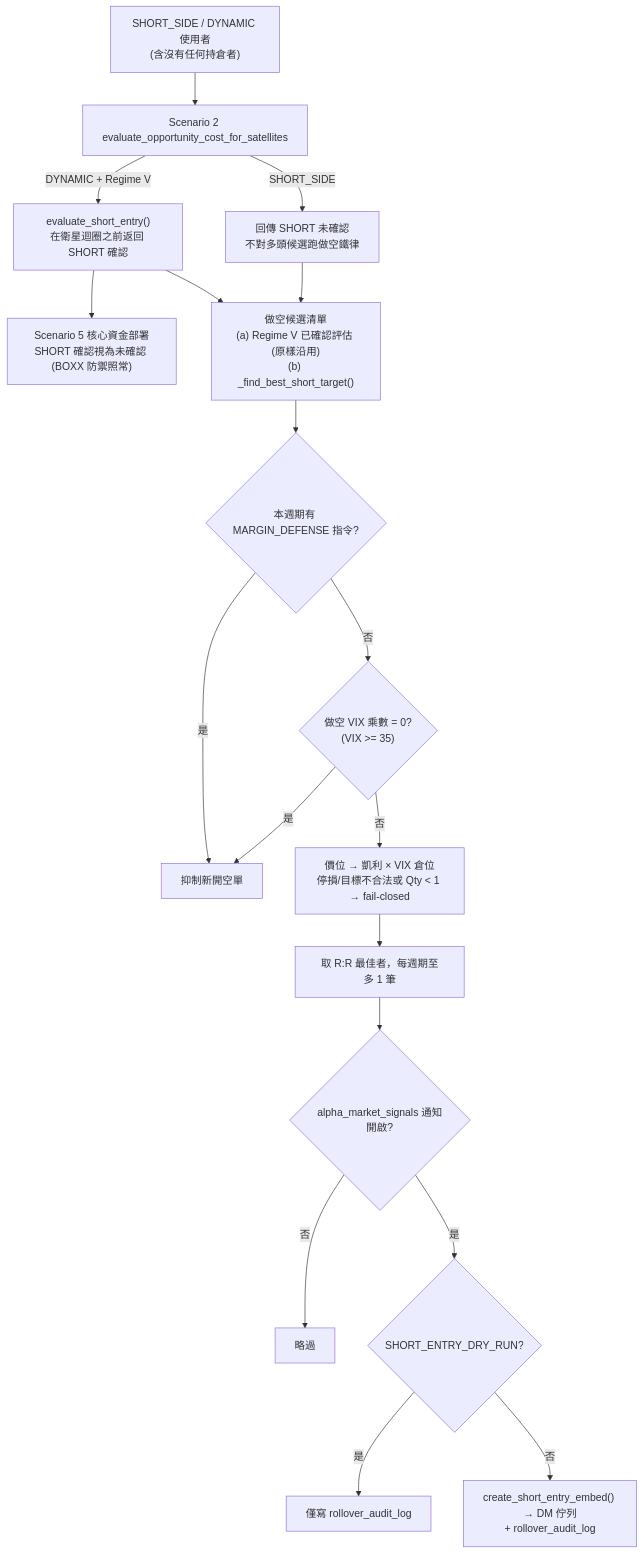
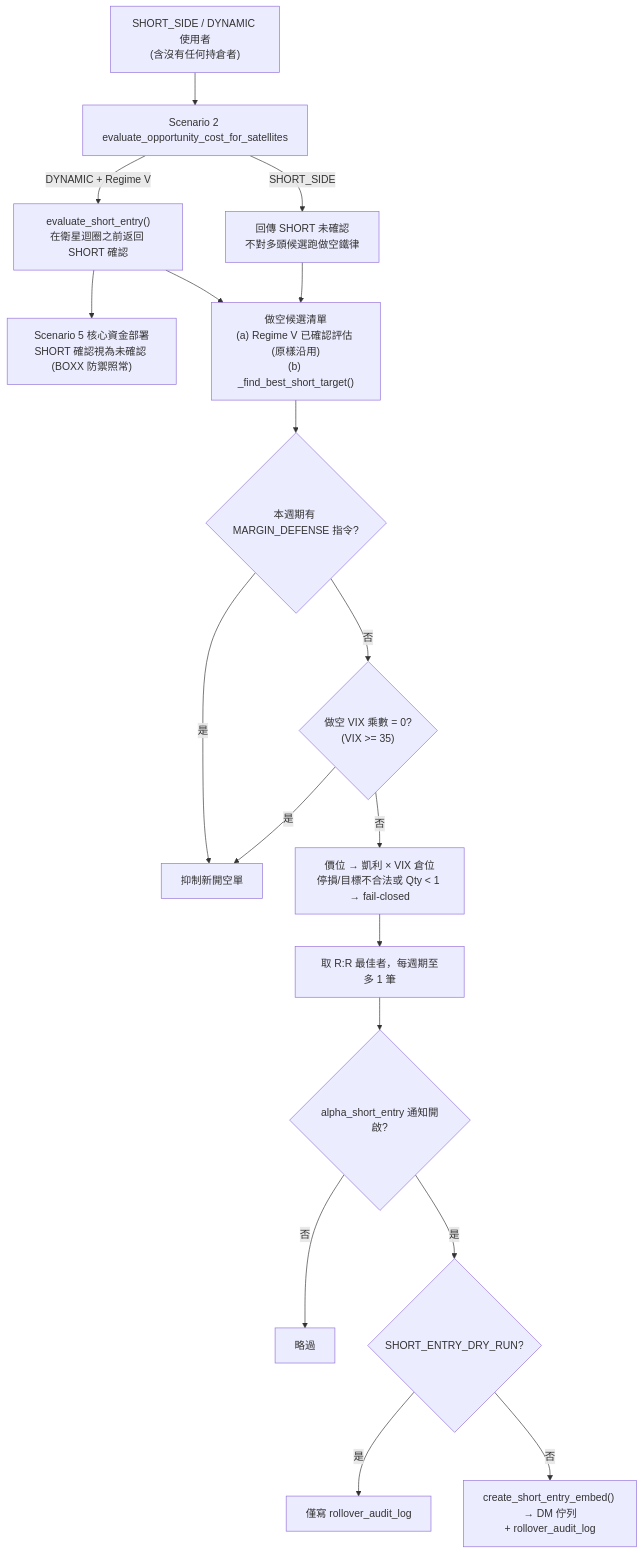
Before and after one commit to cosmo-chang-1701/nexus-seeker: the second of 2 diagrams in docs/strategies/07_short_side_breakdown_ironclad.md, drawn with Mermaid. The commit also changed 20 other files, not shown here.

````diff
--- a/docs/strategies/07_short_side_breakdown_ironclad.md
+++ b/docs/strategies/07_short_side_breakdown_ironclad.md
@@ -190,20 +190,20 @@
 ```mermaid
 flowchart TD
     Users["SHORT_SIDE / DYNAMIC 使用者<br/>(含沒有任何持倉者)"] --> S2["Scenario 2 evaluate_opportunity_cost_for_satellites"]
     S2 -- "SHORT_SIDE" --> Skip["回傳 SHORT 未確認<br/>不對多頭候選跑做空鐵律"]
     S2 -- "DYNAMIC + Regime V" --> Eval["evaluate_short_entry()<br/>在衛星迴圈之前返回 SHORT 確認"]
     Eval --> S5["Scenario 5 核心資金部署<br/>SHORT 確認視為未確認 (BOXX 防禦照常)"]
     Eval --> Cands["做空候選清單<br/>(a) Regime V 已確認評估 (原樣沿用)<br/>(b) _find_best_short_target()"]
     Skip --> Cands
     Cands --> Gate1{"本週期有 MARGIN_DEFENSE 指令?"}
     Gate1 -- 是 --> Suppress["抑制新開空單"]
     Gate1 -- 否 --> Gate2{"做空 VIX 乘數 = 0?<br/>(VIX >= 35)"}
     Gate2 -- 是 --> Suppress
     Gate2 -- 否 --> Size["價位 → 凱利 × VIX 倉位<br/>停損/目標不合法或 Qty < 1 → fail-closed"]
     Size --> One["取 R:R 最佳者，每週期至多 1 筆"]
-    One --> Notif{"alpha_market_signals 通知開啟?"}
+    One --> Notif{"alpha_short_entry 通知開啟?"}
     Notif -- 否 --> Drop["略過"]
     Notif -- 是 --> Dry{"SHORT_ENTRY_DRY_RUN?"}
     Dry -- 是 --> Audit["僅寫 rollover_audit_log"]
     Dry -- 否 --> DM["create_short_entry_embed() → DM 佇列<br/>+ rollover_audit_log"]
 ```
````
